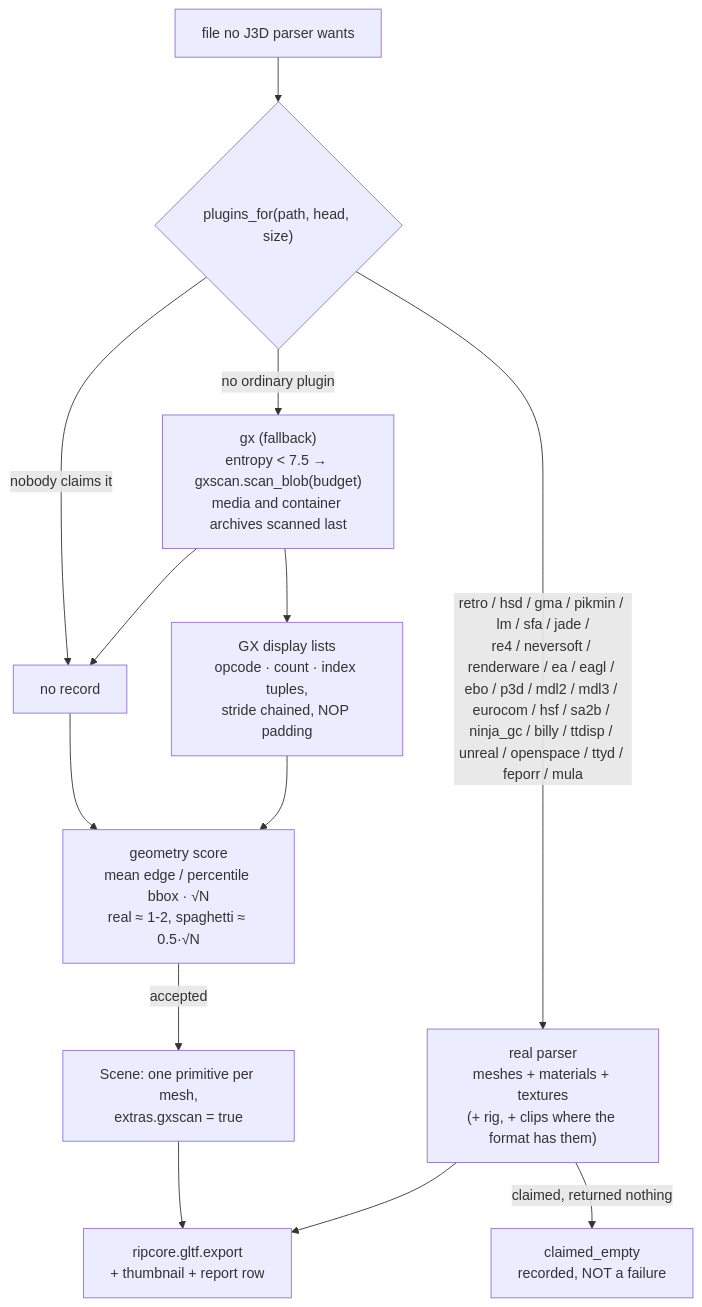
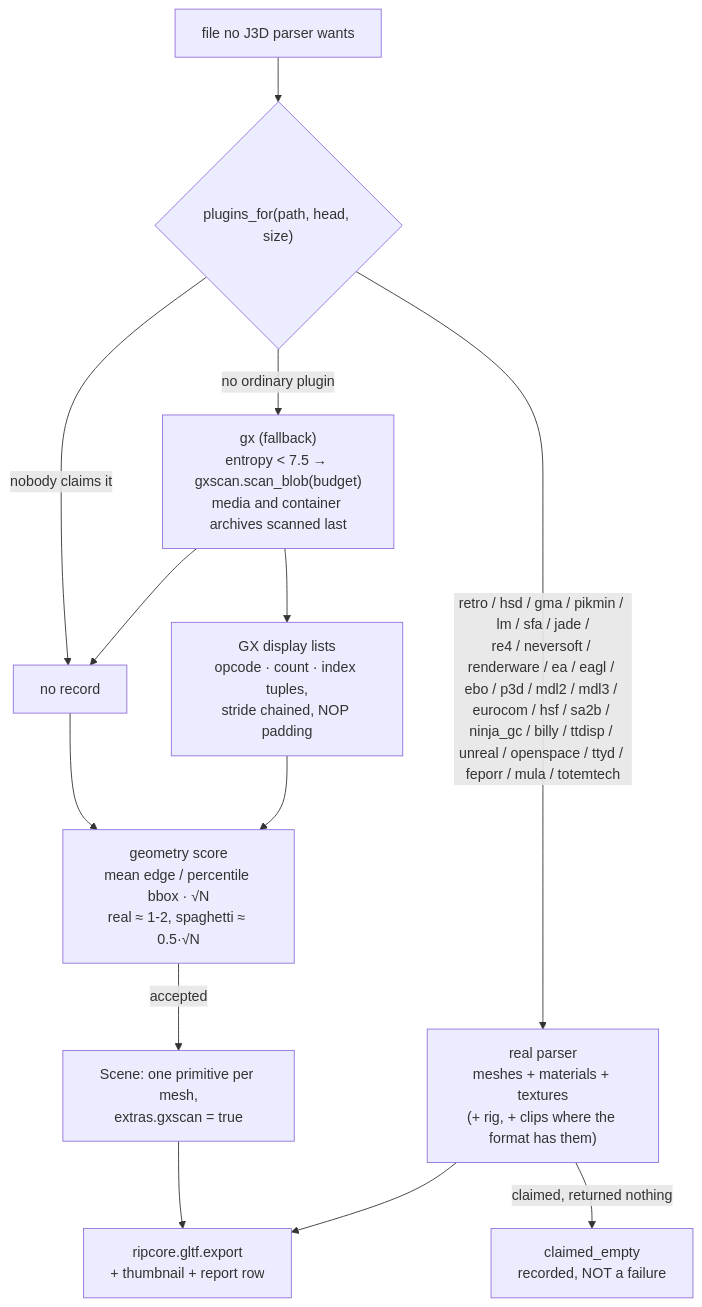
Before and after one commit to Felbs/3d-ripper-9000: the ninth of 10 diagrams in docs/PIPELINE.md, drawn with Mermaid. The commit also changed other lines of this file, not shown here.

Commit message:
docs: TotemTech in the PIPELINE.md plugin list and engine chart

````diff
--- a/docs/PIPELINE.md
+++ b/docs/PIPELINE.md
@@ -237,13 +238,13 @@
 ```mermaid
 flowchart TD
     F["file no J3D parser wants"] --> D{"plugins_for(path, head, size)"}
-    D -->|"retro / hsd / gma / pikmin / lm / sfa / jade /<br/>re4 / neversoft / renderware / ea / eagl / ebo / p3d / mdl2 / mdl3 / eurocom / hsf / sa2b / ninja_gc / billy / ttdisp / unreal / openspace / ttyd / feporr / mula"| R["real parser<br/>meshes + materials + textures<br/>(+ rig, + clips where the format has them)"]
+    D -->|"retro / hsd / gma / pikmin / lm / sfa / jade /<br/>re4 / neversoft / renderware / ea / eagl / ebo / p3d / mdl2 / mdl3 / eurocom / hsf / sa2b / ninja_gc / billy / ttdisp / unreal / openspace / ttyd / feporr / mula / totemtech"| R["real parser<br/>meshes + materials + textures<br/>(+ rig, + clips where the format has them)"]
     D -->|"no ordinary plugin"| S["gx (fallback)<br/>entropy &lt; 7.5 → gxscan.scan_blob(budget)<br/>media and container archives scanned last"]
     S --> L["GX display lists<br/>opcode · count · index tuples,<br/>stride chained, NOP padding"]
     S --> N["neutral meshes<br/>f32 vertex run + u16 index run"]
     L & N --> SC["geometry score<br/>mean edge / percentile bbox · √N<br/>real ≈ 1-2, spaghetti ≈ 0.5·√N"]
     SC -->|"accepted"| M["Scene: one primitive per mesh,<br/>extras.gxscan = true"]
     R & M --> E["ripcore.gltf.export<br/>+ thumbnail + report row"]
     R -->|"claimed, returned nothing"| Z["claimed_empty<br/>recorded, NOT a failure"]
     D -->|"nobody claims it"| N["no record"]
 ```
````
